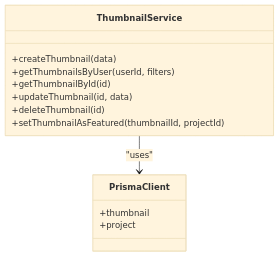
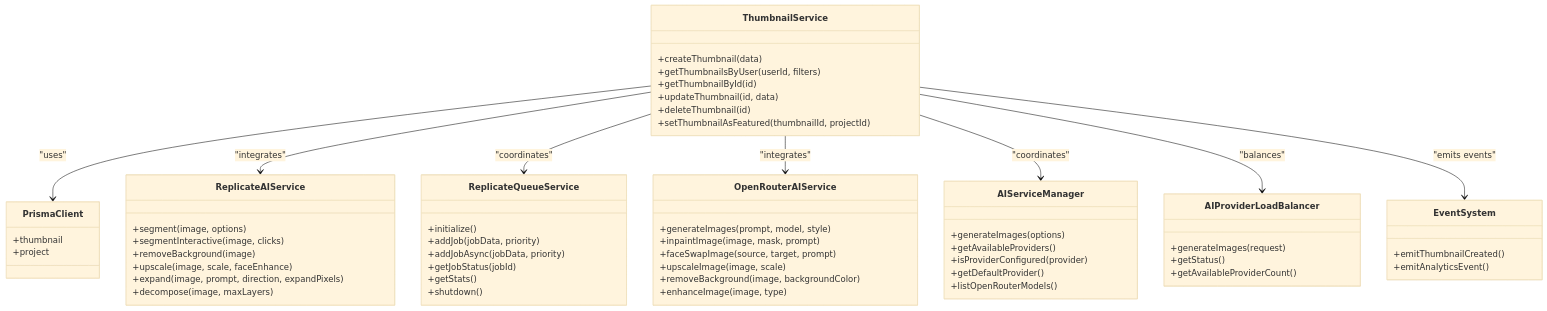
One commit to Brimstow/ThumPiks changed diagram 12 of 15 in .qoder/repowiki/en/content/Backend Architecture/Thumbnail Processing Module.md. Above: the diagram before and after it, drawn with Mermaid (base theme). The commit also changed other lines of this file and 900 other files, not shown here.

````diff
--- a/.qoder/repowiki/en/content/Backend Architecture/Thumbnail Processing Module.md
+++ b/.qoder/repowiki/en/content/Backend Architecture/Thumbnail Processing Module.md
@@ -238,16 +603,62 @@
 ```mermaid
 classDiagram
 class ThumbnailService {
 +createThumbnail(data)
 +getThumbnailsByUser(userId, filters)
 +getThumbnailById(id)
 +updateThumbnail(id, data)
 +deleteThumbnail(id)
 +setThumbnailAsFeatured(thumbnailId, projectId)
 }
 class PrismaClient {
 +thumbnail
 +project
 }
+class ReplicateAIService {
++segment(image, options)
++segmentInteractive(image, clicks)
++removeBackground(image)
++upscale(image, scale, faceEnhance)
++expand(image, prompt, direction, expandPixels)
++decompose(image, maxLayers)
+}
+class ReplicateQueueService {
++initialize()
++addJob(jobData, priority)
++addJobAsync(jobData, priority)
++getJobStatus(jobId)
++getStats()
++shutdown()
+}
+class OpenRouterAIService {
++generateImages(prompt, model, style)
++inpaintImage(image, mask, prompt)
++faceSwapImage(source, target, prompt)
++upscaleImage(image, scale)
++removeBackground(image, backgroundColor)
++enhanceImage(image, type)
+}
+class AIServiceManager {
++generateImages(options)
++getAvailableProviders()
++isProviderConfigured(provider)
++getDefaultProvider()
++listOpenRouterModels()
+}
+class AIProviderLoadBalancer {
++generateImages(request)
++getStatus()
++getAvailableProviderCount()
+}
+class EventSystem {
++emitThumbnailCreated()
++emitAnalyticsEvent()
+}
 ThumbnailService --> PrismaClient : "uses"
+ThumbnailService --> ReplicateAIService : "integrates"
+ThumbnailService --> ReplicateQueueService : "coordinates"
+ThumbnailService --> OpenRouterAIService : "integrates"
+ThumbnailService --> AIServiceManager : "coordinates"
+ThumbnailService --> AIProviderLoadBalancer : "balances"
+ThumbnailService --> EventSystem : "emits events"
 ```
````
